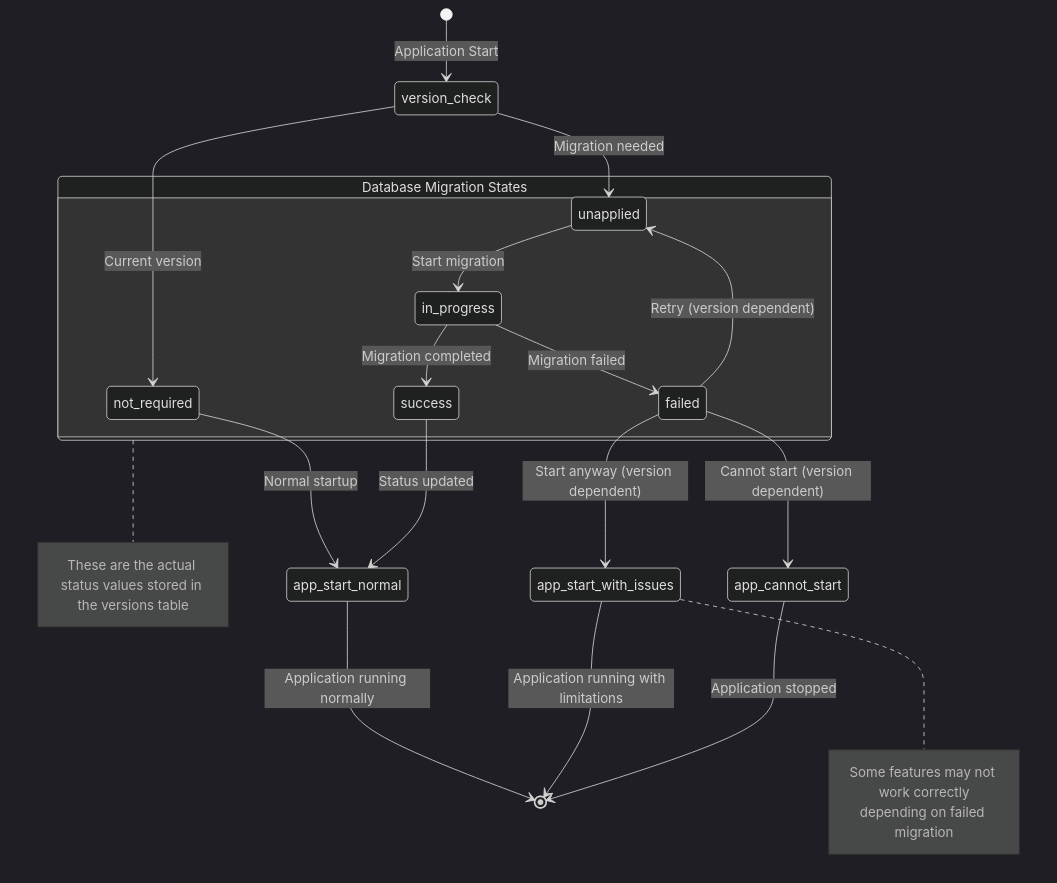
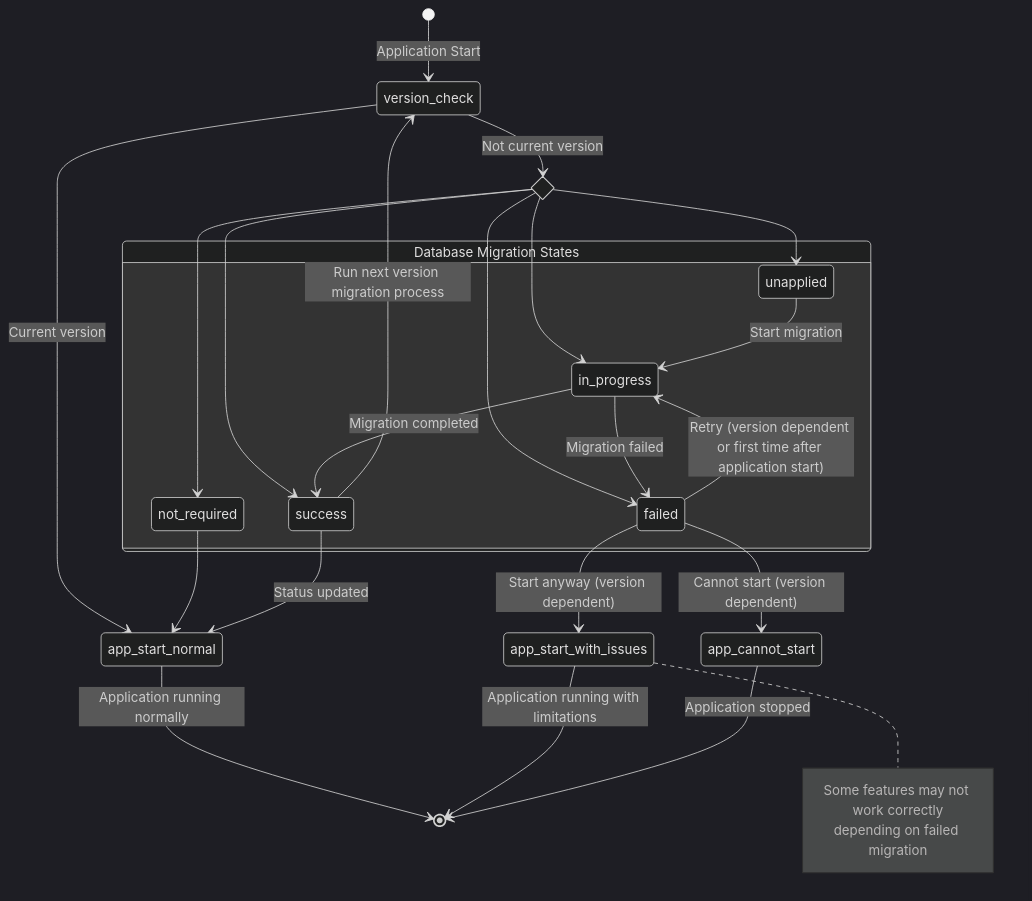
One commit to yoshinorin/qualtet changed the diagram in docs/_docs/versions-and-migration/mermaid.md. Above: the diagram before and after it, drawn with Mermaid (dark theme). The commit also changed 3 other files, not shown here.

Commit message:
fix: docs migration state diagram

````diff
--- a/docs/_docs/versions-and-migration/mermaid.md
+++ b/docs/_docs/versions-and-migration/mermaid.md
@@ -3,40 +3,44 @@
 ```mermaid
 stateDiagram-v2
     [*] --> version_check: Application Start
 
     state "Database Migration States" as db_status {
         not_required_state : not_required
         unapplied_state : unapplied
         in_progress_state : in_progress
         success_state : success
         failed_state : failed
     }
 
-    version_check --> not_required_state: Current version
-    version_check --> unapplied_state: Migration needed
+    version_check --> app_start_normal: Current version
+    state if_state <<choice>>
+    version_check --> if_state: Not current version
+
+    if_state --> not_required_state
+    if_state --> unapplied_state
+    if_state --> failed_state
+    if_state --> in_progress_state
+    if_state --> success_state
 
     unapplied_state --> in_progress_state: Start migration
 
     in_progress_state --> success_state: Migration completed
     in_progress_state --> failed_state: Migration failed
 
-    failed_state --> unapplied_state: Retry (version dependent)
+    failed_state --> in_progress_state: Retry (version dependent or first time after application start)
     failed_state --> app_start_with_issues: Start anyway (version dependent)
     failed_state --> app_cannot_start: Cannot start (version dependent)
 
-    not_required_state --> app_start_normal: Normal startup
+    not_required_state --> app_start_normal
     success_state --> app_start_normal: Status updated
+    success_state --> version_check: Run next version migration process
 
     app_start_normal --> [*]: Application running normally
     app_start_with_issues --> [*]: Application running with limitations
     app_cannot_start --> [*]: Application stopped
-
-    note right of db_status
-        These are the actual status values stored in the versions table
-    end note
 
     note right of app_start_with_issues
         Some features may not work correctly
         depending on failed migration
     end note
 ```
````
